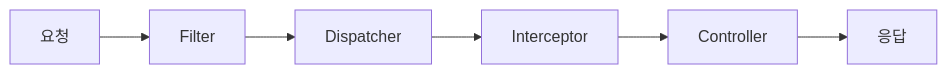
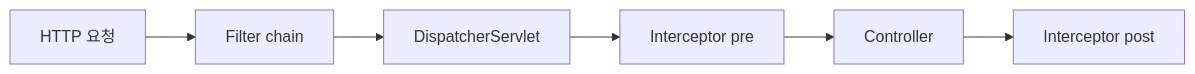
The seventh of 12 diagrams in _posts/spring/2026-05-02-spring-mvc-deep.md (yjkim2015/yjkim2015.github.io), drawn with Mermaid before and after one commit. The commit also changed other lines of this file and 4 other files, not shown here.

````diff
--- a/_posts/spring/2026-05-02-spring-mvc-deep.md
+++ b/_posts/spring/2026-05-02-spring-mvc-deep.md
@@ -686,8 +1033,8 @@
 ```mermaid
 graph LR
-    A[요청] --> B[Filter]
-    B --> C[Dispatcher]
-    C --> D[Interceptor]
+    A[HTTP 요청] --> B[Filter chain]
+    B --> C[DispatcherServlet]
+    C --> D[Interceptor pre]
     D --> E[Controller]
-    E --> F[응답]
+    E --> F[Interceptor post]
 ```
````
